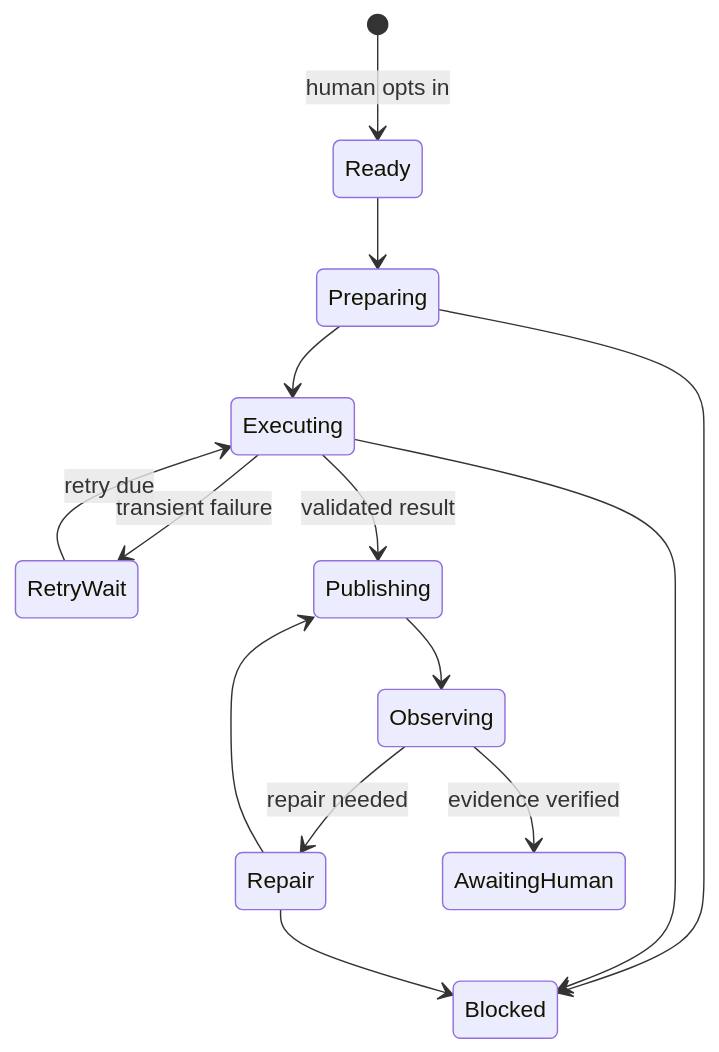
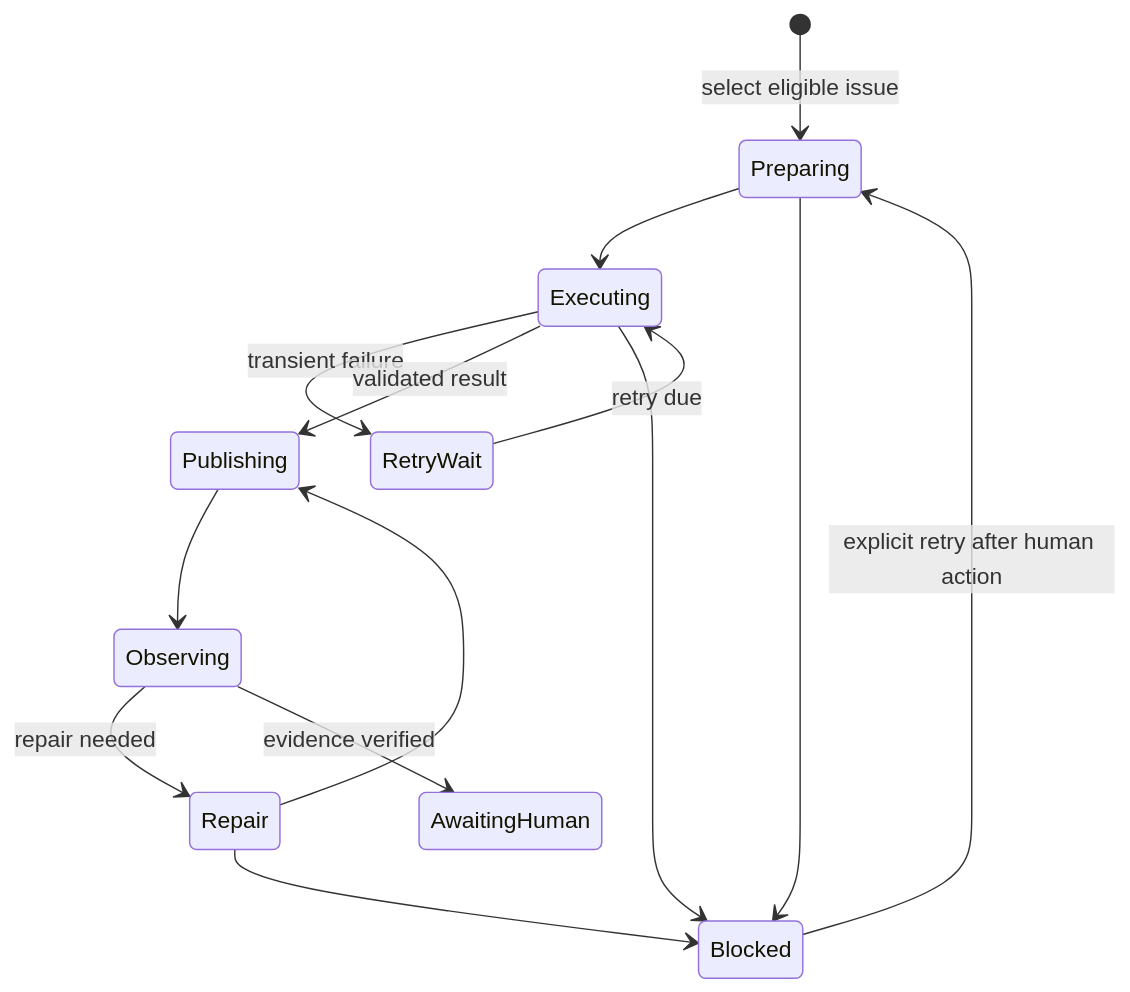
Before and after one commit to dfwguy/nvis-ova-agentic-copier: the diagram in docs/explanation/serial-gitlab-agent-loop.md, drawn with Mermaid. The commit also changed other lines of this file and 29 other files, not shown here.

````diff
--- a/docs/explanation/serial-gitlab-agent-loop.md
+++ b/docs/explanation/serial-gitlab-agent-loop.md
@@ -27,16 +27,16 @@
 ```mermaid
 stateDiagram-v2
-    [*] --> Ready: human opts in
-    Ready --> Preparing
+    [*] --> Preparing: select eligible issue
     Preparing --> Executing
     Executing --> RetryWait: transient failure
     RetryWait --> Executing: retry due
     Executing --> Publishing: validated result
     Publishing --> Observing
     Observing --> Repair: repair needed
     Repair --> Publishing
     Observing --> AwaitingHuman: evidence verified
     Preparing --> Blocked
     Executing --> Blocked
     Repair --> Blocked
+    Blocked --> Preparing: explicit retry after human action
 ```
````
